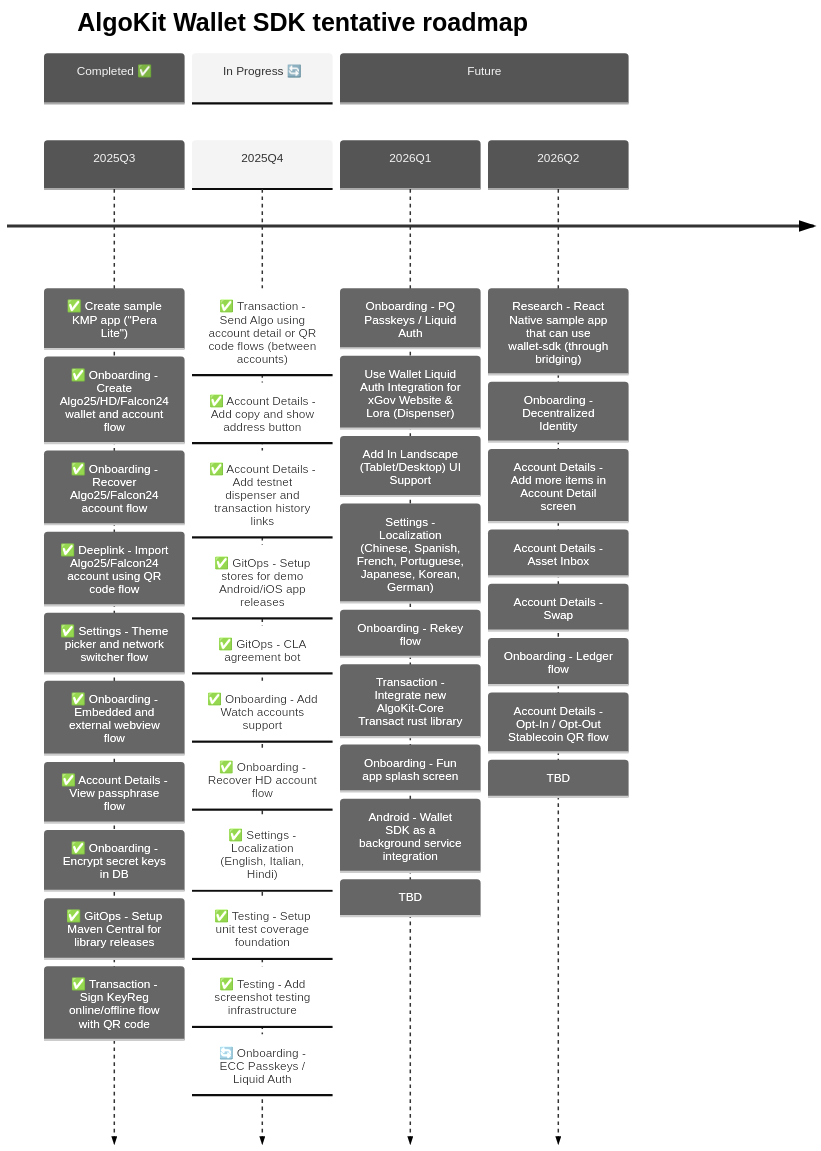
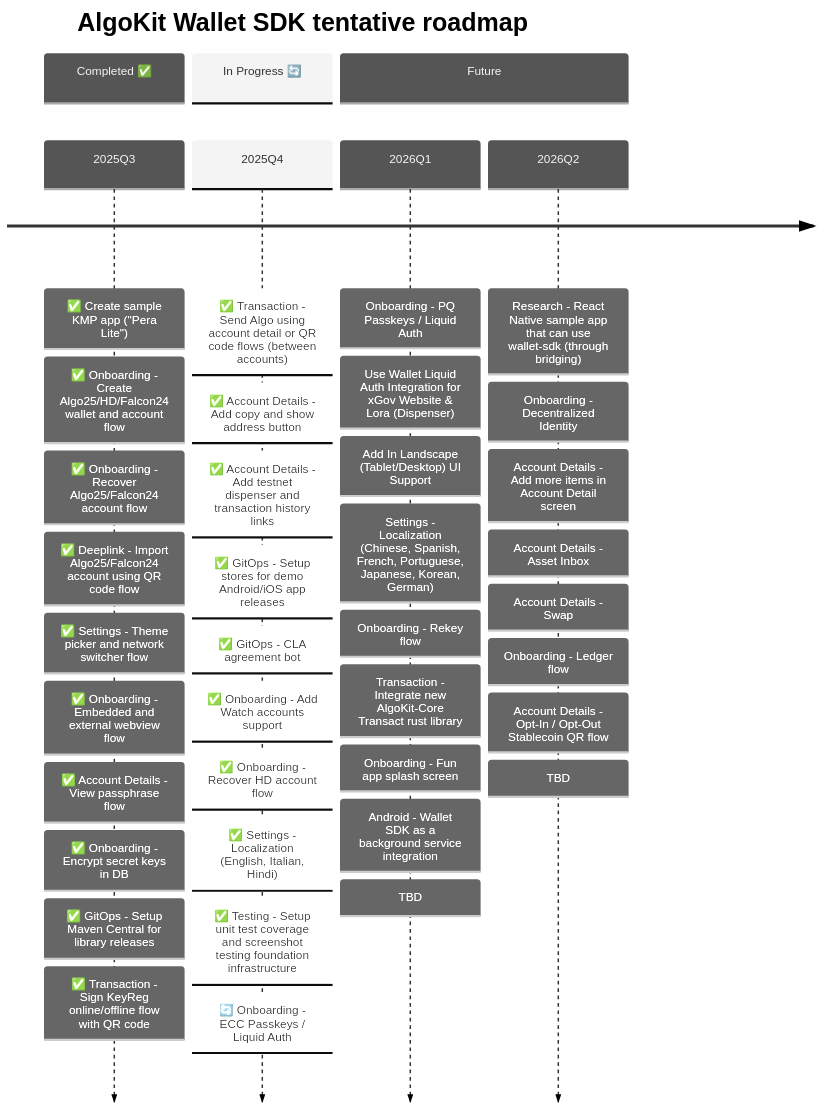
Before and after one commit to michaeltchuangllc/algokit-walletsdk-kmp: the second of 3 diagrams in README.md, drawn with Mermaid.

Commit message:
docs: fix copy in readme

````diff
--- a/README.md
+++ b/README.md
@@ -67,53 +67,52 @@
 ```mermaid
 ---
 config:
   theme: 'neutral'
 ---
 timeline
     title AlgoKit Wallet SDK tentative roadmap
 
     section Completed ✅
     2025Q3  : ✅ Create sample KMP app ("Pera Lite")
             : ✅ Onboarding - Create Algo25/HD/Falcon24 wallet and account flow
             : ✅ Onboarding - Recover Algo25/Falcon24 account flow
             : ✅ Deeplink - Import Algo25/Falcon24 account using QR code flow
             : ✅ Settings - Theme picker and network switcher flow
             : ✅ Onboarding - Embedded and external webview flow
             : ✅ Account Details - View passphrase flow
             : ✅ Onboarding - Encrypt secret keys in DB
             : ✅ GitOps - Setup Maven Central for library releases
             : ✅ Transaction - Sign KeyReg online/offline flow with QR code
 
     section In Progress 🔄
     2025Q4  : ✅ Transaction - Send Algo using account detail or QR code flows (between accounts)
             : ✅ Account Details - Add copy and show address button
             : ✅ Account Details - Add testnet dispenser and transaction history links
             : ✅ GitOps - Setup stores for demo Android/iOS app releases
             : ✅ GitOps - CLA agreement bot
             : ✅ Onboarding - Add Watch accounts support
             : ✅ Onboarding - Recover HD account flow
             : ✅ Settings - Localization (English, Italian, Hindi)
-            : ✅ Testing - Setup unit test coverage foundation
-            : ✅ Testing - Add screenshot testing infrastructure
+            : ✅ Testing - Setup unit test coverage and screenshot testing foundation infrastructure
             : 🔄 Onboarding - ECC Passkeys / Liquid Auth
 
     section Future
     2026Q1  : Onboarding - PQ Passkeys / Liquid Auth
             : Use Wallet Liquid Auth Integration for xGov Website & Lora (Dispenser)
             : Add In Landscape (Tablet/Desktop) UI Support
             : Settings - Localization (Chinese, Spanish, French, Portuguese, Japanese, Korean, German)
             : Onboarding - Rekey flow
             : Transaction - Integrate new AlgoKit-Core Transact rust library
             : Onboarding - Fun app splash screen
             : Android - Wallet SDK as a background service integration
             : TBD
     2026Q2   
             : Research - React Native sample app that can use wallet-sdk (through bridging)
             : Onboarding - Decentralized Identity
             : Account Details - Add more items in Account Detail screen
             : Account Details - Asset Inbox
             : Account Details - Swap
             : Onboarding - Ledger flow
             : Account Details - Opt-In / Opt-Out Stablecoin QR flow
             : TBD
 ```
````
